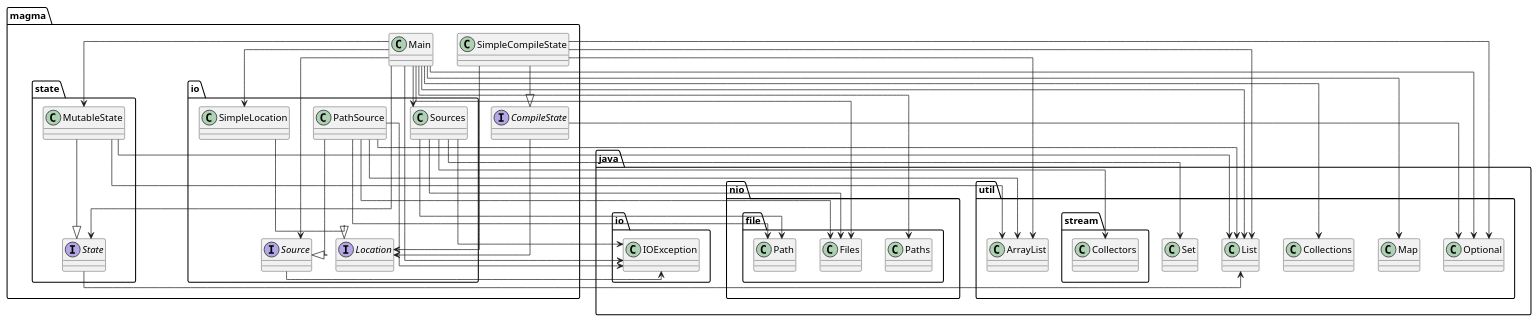
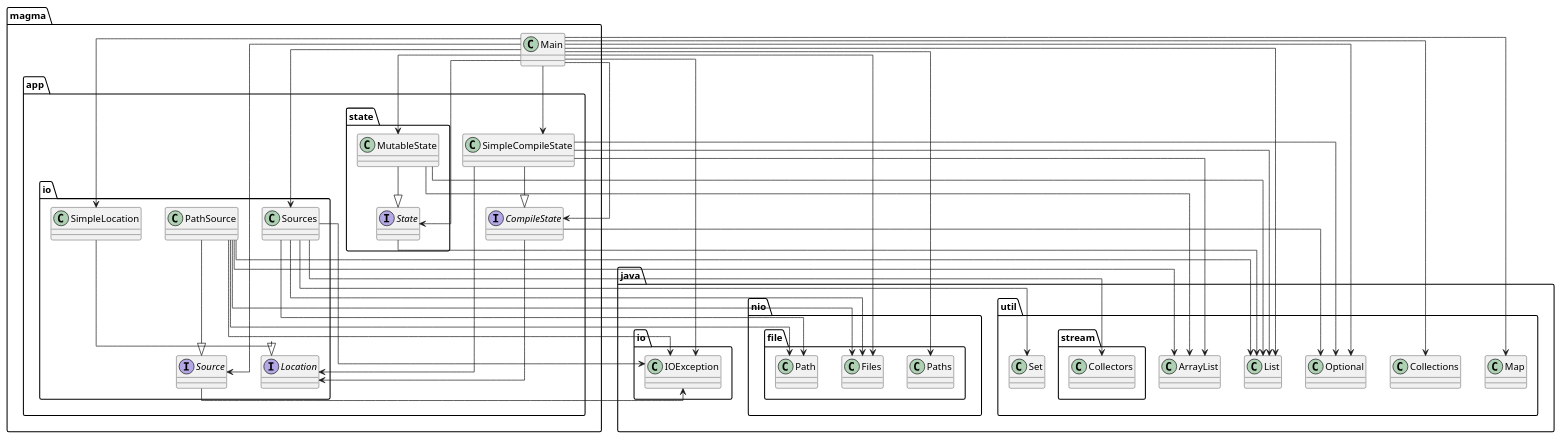
Before and after one commit to SirMathhman/Magma: the diagram in diagram.puml, drawn with PlantUML. The commit also changed 10 other files, not shown here.

```diff
--- a/diagram.puml
+++ b/diagram.puml
@@ -1,49 +1,51 @@
 @startuml
 skinparam linetype ortho
-interface magma.io.Location
-magma.Main --> magma.io.SimpleLocation
-magma.Main --> magma.io.Source
-magma.Main --> magma.io.Sources
-magma.Main --> magma.state.MutableState
-magma.Main --> magma.state.State
+magma.app.SimpleCompileState --> magma.app.io.Location
+magma.app.SimpleCompileState --> java.util.ArrayList
+magma.app.SimpleCompileState --> java.util.List
+magma.app.SimpleCompileState --> java.util.Optional
+class magma.app.SimpleCompileState
+magma.app.SimpleCompileState --|> magma.app.CompileState
+magma.app.CompileState --> magma.app.io.Location
+magma.app.CompileState --> java.util.Optional
+interface magma.app.CompileState
+magma.app.state.MutableState --> java.util.ArrayList
+magma.app.state.MutableState --> java.util.List
+class magma.app.state.MutableState
+magma.app.state.MutableState --|> magma.app.state.State
+interface magma.app.io.Location
+magma.Main --> magma.app.CompileState
+magma.Main --> magma.app.SimpleCompileState
+magma.Main --> magma.app.io.SimpleLocation
+magma.Main --> magma.app.io.Source
+magma.Main --> magma.app.io.Sources
+magma.Main --> magma.app.state.MutableState
+magma.Main --> magma.app.state.State
 magma.Main --> java.io.IOException
 magma.Main --> java.nio.file.Files
 magma.Main --> java.nio.file.Paths
 magma.Main --> java.util.Collections
 magma.Main --> java.util.List
 magma.Main --> java.util.Map
 magma.Main --> java.util.Optional
 class magma.Main
-magma.SimpleCompileState --> magma.io.Location
-magma.SimpleCompileState --> java.util.ArrayList
-magma.SimpleCompileState --> java.util.List
-magma.SimpleCompileState --> java.util.Optional
-class magma.SimpleCompileState
-magma.SimpleCompileState --|> magma.CompileState
-magma.state.State --> java.util.List
-interface magma.state.State
-class magma.io.SimpleLocation
-magma.io.SimpleLocation --|> magma.io.Location
-magma.io.Source --> java.io.IOException
-interface magma.io.Source
-magma.state.MutableState --> java.util.ArrayList
-magma.state.MutableState --> java.util.List
-class magma.state.MutableState
-magma.state.MutableState --|> magma.state.State
-magma.io.PathSource --> java.io.IOException
-magma.io.PathSource --> java.nio.file.Files
-magma.io.PathSource --> java.nio.file.Path
-magma.io.PathSource --> java.util.ArrayList
-magma.io.PathSource --> java.util.List
-class magma.io.PathSource
-magma.io.PathSource --|> magma.io.Source
-magma.CompileState --> magma.io.Location
-magma.CompileState --> java.util.Optional
-interface magma.CompileState
-magma.io.Sources --> java.io.IOException
-magma.io.Sources --> java.nio.file.Files
-magma.io.Sources --> java.nio.file.Path
-magma.io.Sources --> java.util.Set
-magma.io.Sources --> java.util.stream.Collectors
-class magma.io.Sources
+magma.app.io.Source --> java.io.IOException
+interface magma.app.io.Source
+magma.app.io.Sources --> java.io.IOException
+magma.app.io.Sources --> java.nio.file.Files
+magma.app.io.Sources --> java.nio.file.Path
+magma.app.io.Sources --> java.util.Set
+magma.app.io.Sources --> java.util.stream.Collectors
+class magma.app.io.Sources
+class magma.app.io.SimpleLocation
+magma.app.io.SimpleLocation --|> magma.app.io.Location
+magma.app.io.PathSource --> java.io.IOException
+magma.app.io.PathSource --> java.nio.file.Files
+magma.app.io.PathSource --> java.nio.file.Path
+magma.app.io.PathSource --> java.util.ArrayList
+magma.app.io.PathSource --> java.util.List
+class magma.app.io.PathSource
+magma.app.io.PathSource --|> magma.app.io.Source
+magma.app.state.State --> java.util.List
+interface magma.app.state.State
 @enduml
```
